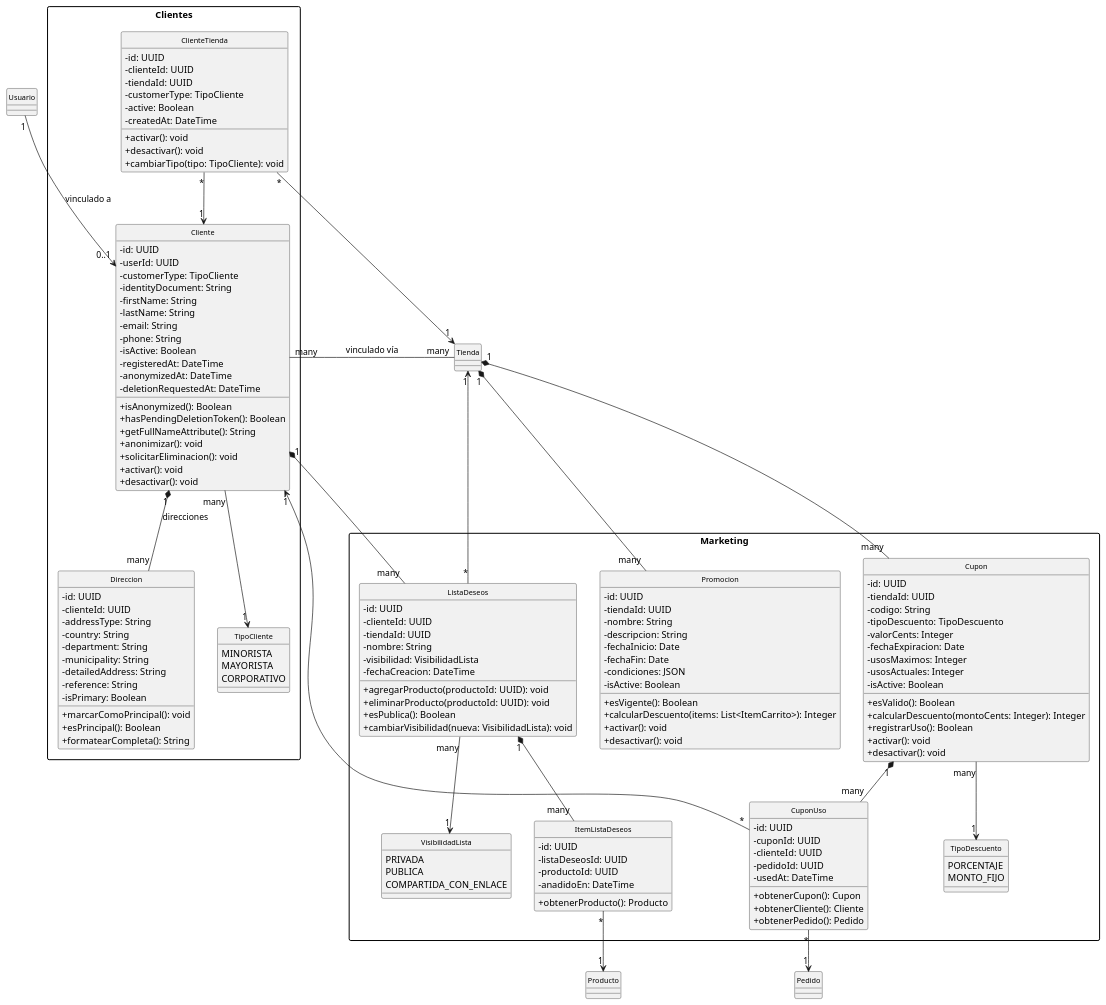
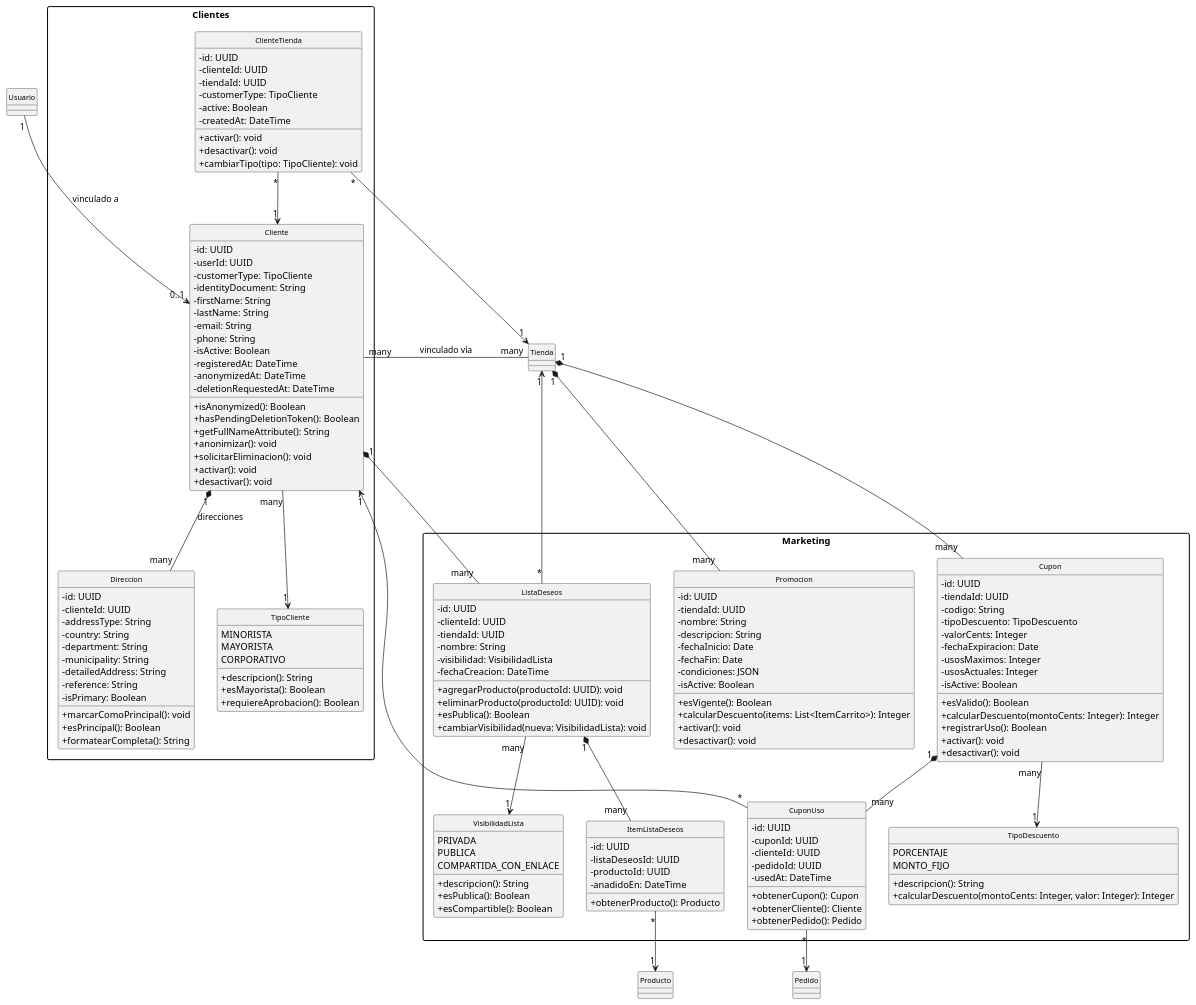
The diagram in docs/uml/8.2.3-clases-clientes-marketing.puml (D4nitrix13/AtlasCommerce), drawn with PlantUML before and after one commit. The commit also changed 5 other files, not shown here.

First line of the commit message:
fix(uml): agregar metodos a los enums

```diff
--- a/docs/uml/8.2.3-clases-clientes-marketing.puml
+++ b/docs/uml/8.2.3-clases-clientes-marketing.puml
@@ -1,173 +1,181 @@
 @startuml 8.2.3 - Diagrama de Clases (Clientes y Marketing)
 skinparam classAttributeIconSize 0
 skinparam classFontSize 11
 skinparam packageStyle rectangle
 hide circle
 
 ' ============================================================
 ' 8.2.3 — CLIENTES Y MARKETING
 ' Paquetes: Clientes + Marketing
 ' ============================================================
 
 package "Clientes" {
 
   class Cliente {
     - id: UUID
     - userId: UUID
     - customerType: TipoCliente
     - identityDocument: String
     - firstName: String
     - lastName: String
     - email: String
     - phone: String
     - isActive: Boolean
     - registeredAt: DateTime
     - anonymizedAt: DateTime
     - deletionRequestedAt: DateTime
     + isAnonymized(): Boolean
     + hasPendingDeletionToken(): Boolean
     + getFullNameAttribute(): String
     + anonimizar(): void
     + solicitarEliminacion(): void
     + activar(): void
     + desactivar(): void
   }
 
   enum TipoCliente {
     MINORISTA
     MAYORISTA
     CORPORATIVO
+    + descripcion(): String
+    + esMayorista(): Boolean
+    + requiereAprobacion(): Boolean
   }
 
   class Direccion {
     - id: UUID
     - clienteId: UUID
     - addressType: String
     - country: String
     - department: String
     - municipality: String
     - detailedAddress: String
     - reference: String
     - isPrimary: Boolean
     + marcarComoPrincipal(): void
     + esPrincipal(): Boolean
     + formatearCompleta(): String
   }
 
   class ClienteTienda {
     - id: UUID
     - clienteId: UUID
     - tiendaId: UUID
     - customerType: TipoCliente
     - active: Boolean
     - createdAt: DateTime
     + activar(): void
     + desactivar(): void
     + cambiarTipo(tipo: TipoCliente): void
   }
 }
 
 package "Marketing" {
 
   class ListaDeseos {
     - id: UUID
     - clienteId: UUID
     - tiendaId: UUID
     - nombre: String
     - visibilidad: VisibilidadLista
     - fechaCreacion: DateTime
     + agregarProducto(productoId: UUID): void
     + eliminarProducto(productoId: UUID): void
     + esPublica(): Boolean
     + cambiarVisibilidad(nueva: VisibilidadLista): void
   }
 
   enum VisibilidadLista {
     PRIVADA
     PUBLICA
     COMPARTIDA_CON_ENLACE
+    + descripcion(): String
+    + esPublica(): Boolean
+    + esCompartible(): Boolean
   }
 
   class ItemListaDeseos {
     - id: UUID
     - listaDeseosId: UUID
     - productoId: UUID
     - anadidoEn: DateTime
     + obtenerProducto(): Producto
   }
 
   class Cupon {
     - id: UUID
     - tiendaId: UUID
     - codigo: String
     - tipoDescuento: TipoDescuento
     - valorCents: Integer
     - fechaExpiracion: Date
     - usosMaximos: Integer
     - usosActuales: Integer
     - isActive: Boolean
     + esValido(): Boolean
     + calcularDescuento(montoCents: Integer): Integer
     + registrarUso(): Boolean
     + activar(): void
     + desactivar(): void
   }
 
   enum TipoDescuento {
     PORCENTAJE
     MONTO_FIJO
+    + descripcion(): String
+    + calcularDescuento(montoCents: Integer, valor: Integer): Integer
   }
 
   class Promocion {
     - id: UUID
     - tiendaId: UUID
     - nombre: String
     - descripcion: String
     - fechaInicio: Date
     - fechaFin: Date
     - condiciones: JSON
     - isActive: Boolean
     + esVigente(): Boolean
     + calcularDescuento(items: List<ItemCarrito>): Integer
     + activar(): void
     + desactivar(): void
   }
 
   class CuponUso {
     - id: UUID
     - cuponId: UUID
     - clienteId: UUID
     - pedidoId: UUID
     - usedAt: DateTime
     + obtenerCupon(): Cupon
     + obtenerCliente(): Cliente
     + obtenerPedido(): Pedido
   }
 }
 
 ' ============================================================
 ' RELACIONES — CLIENTES
 ' ============================================================
 Usuario "1" --> "0..1" Cliente : "vinculado a"
 Cliente "1" *-- "many" Direccion : "direcciones"
 Cliente "many" -- "many" Tienda : "vinculado vía"
 ClienteTienda "*" --> "1" Cliente
 ClienteTienda "*" --> "1" Tienda
 Cliente "many" --> "1" TipoCliente
 
 ' ============================================================
 ' RELACIONES — MARKETING
 ' ============================================================
 Cliente "1" *-- "many" ListaDeseos
 ListaDeseos "*" --> "1" Tienda
 ListaDeseos "many" --> "1" VisibilidadLista
 ListaDeseos "1" *-- "many" ItemListaDeseos
 ItemListaDeseos "*" --> "1" Producto
 Tienda "1" *-- "many" Cupon
 Cupon "many" --> "1" TipoDescuento
 Tienda "1" *-- "many" Promocion
 Cupon "1" *-- "many" CuponUso
 CuponUso "*" --> "1" Cliente
 CuponUso "*" --> "1" Pedido
 
 @enduml
```
